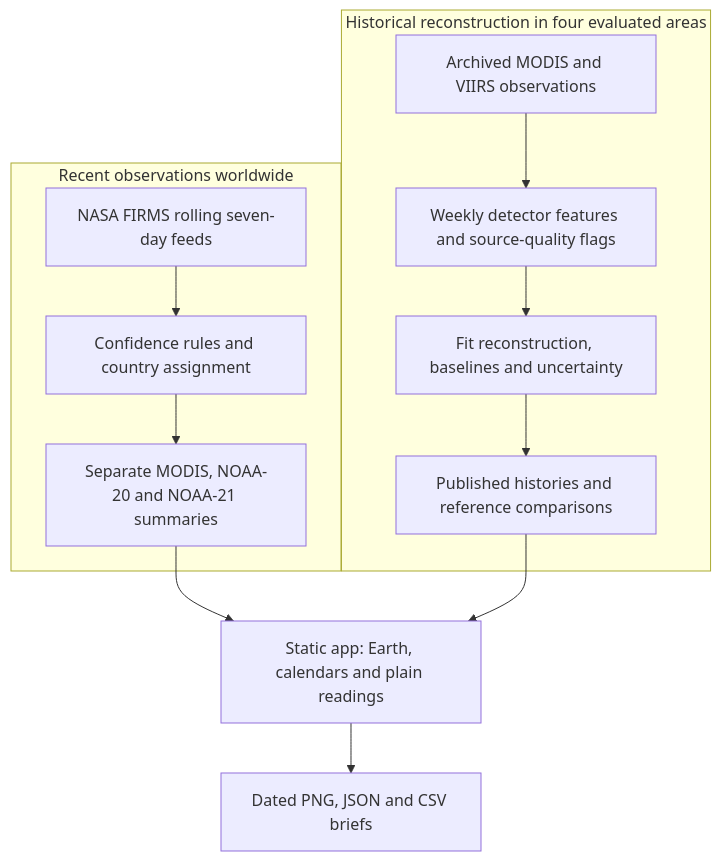
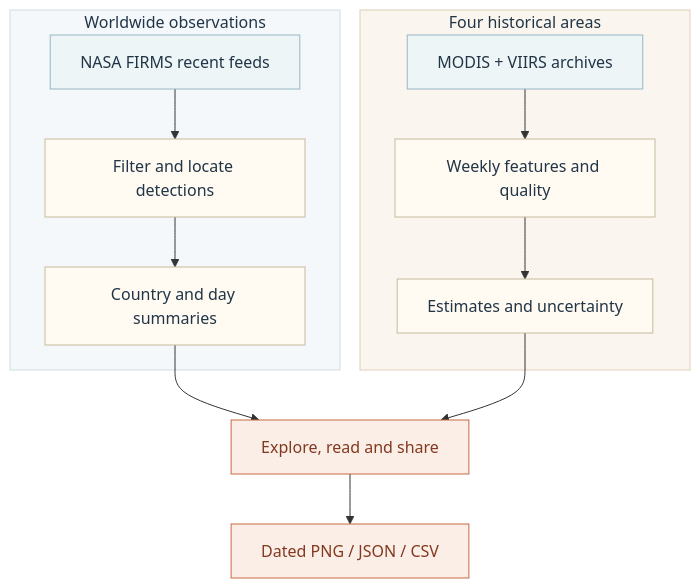
Before and after one commit to polymathicX/Agun-Panjika: the first of 2 diagrams in README.md, drawn with Mermaid. The commit also changed other lines of this file and 1 other file, not shown here.

Commit message:
docs: simplify diagrams and match the Soft Earth palette

````diff
--- a/README.md
+++ b/README.md
@@ -107,15 +107,22 @@
 ```mermaid
 flowchart TB
-  subgraph recent["Recent observations worldwide"]
-    A["NASA FIRMS rolling seven-day feeds"] --> B["Confidence rules and country assignment"]
-    B --> C["Separate MODIS, NOAA-20 and NOAA-21 summaries"]
+  subgraph recent["Worldwide observations"]
+    A["NASA FIRMS recent feeds"] --> B["Filter and locate detections"]
+    B --> C["Country and day summaries"]
   end
-  subgraph history["Historical reconstruction in four evaluated areas"]
-    D["Archived MODIS and VIIRS observations"] --> E["Weekly detector features and source-quality flags"]
-    E --> F["Fit reconstruction, baselines and uncertainty"]
-    F --> G["Published histories and reference comparisons"]
+  subgraph history["Four historical areas"]
+    D["MODIS + VIIRS archives"] --> E["Weekly features and quality"]
+    E --> F["Estimates and uncertainty"]
   end
-  C --> H["Static app: Earth, calendars and plain readings"]
-  G --> H
-  H --> I["Dated PNG, JSON and CSV briefs"]
+  C --> H["Explore, read and share"]
+  F --> H
+  H --> I["Dated PNG / JSON / CSV"]
+  classDef source fill:#edf5f7,stroke:#97b7c4,color:#213547
+  classDef step fill:#fffaf2,stroke:#c7b99e,color:#213547
+  classDef public fill:#fbeee6,stroke:#c76a43,color:#82391f
+  class A,D source
+  class B,C,E,F step
+  class H,I public
+  style recent fill:#f4f8fa,stroke:#cddde3,color:#213547
+  style history fill:#faf6ef,stroke:#dfd0ba,color:#213547
 ```
````
